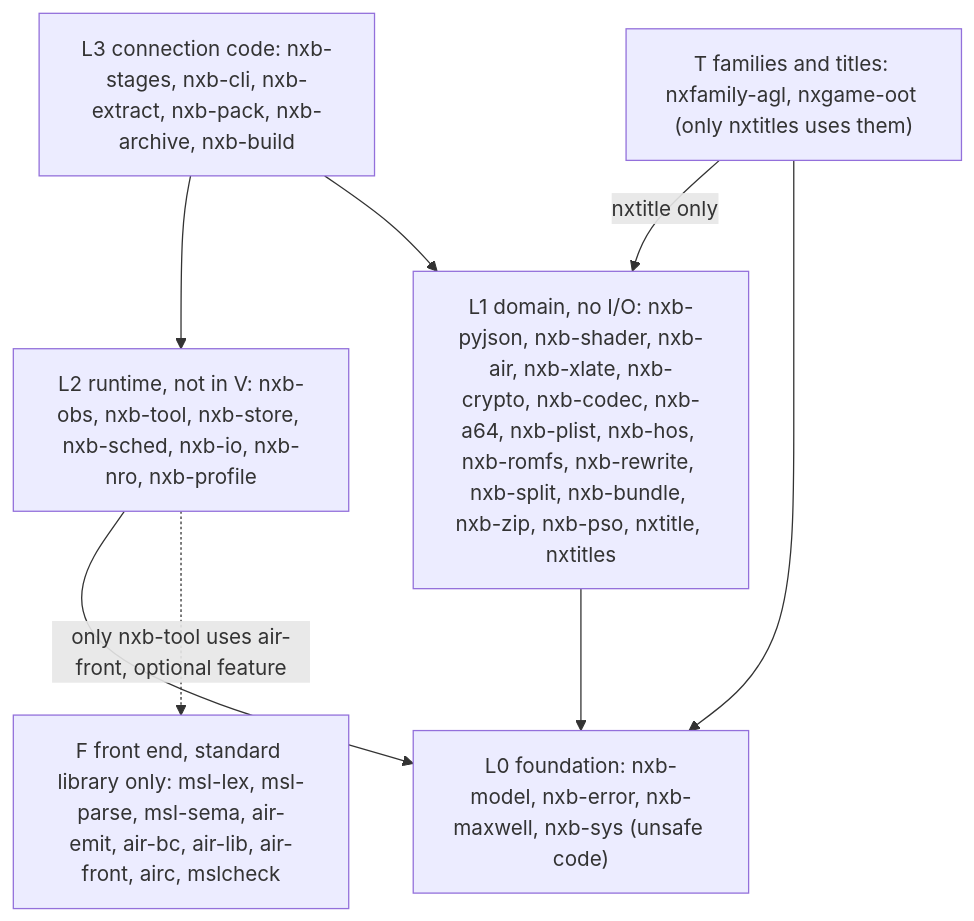
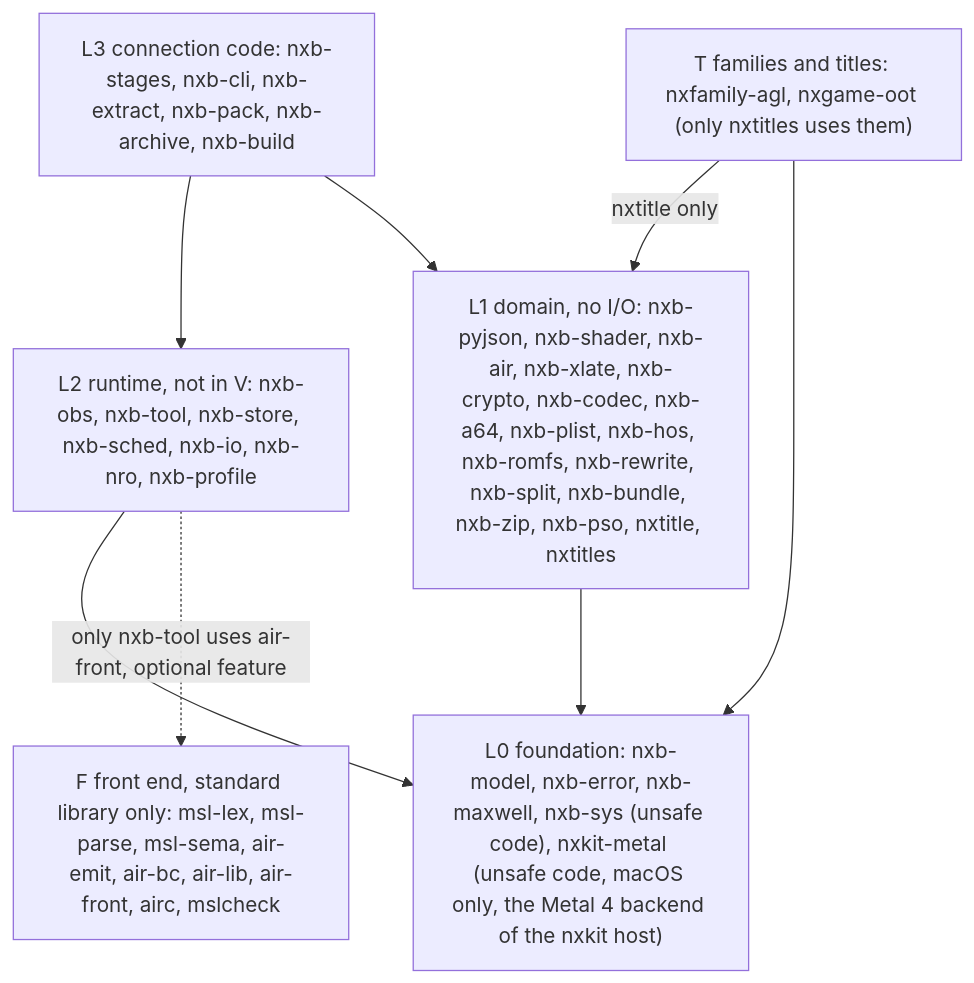
Before and after one commit to b4f8abbb24dbf56a7d0280f296e16eeb/nxkit: the first of 2 diagrams in docs/architecture.md, drawn with Mermaid. The commit also changed other lines of this file and 22 other files, not shown here.

First line of the commit message:
Add nxkit-metal, the base of the Metal 4 backend

````diff
--- a/docs/architecture.md
+++ b/docs/architecture.md
@@ -19,14 +19,14 @@
 ```mermaid
 flowchart TD
   L3["L3 connection code: nxb-stages, nxb-cli, nxb-extract, nxb-pack, nxb-archive, nxb-build"]
   L2["L2 runtime, not in V: nxb-obs, nxb-tool, nxb-store, nxb-sched, nxb-io, nxb-nro, nxb-profile"]
   L1["L1 domain, no I/O: nxb-pyjson, nxb-shader, nxb-air, nxb-xlate, nxb-crypto, nxb-codec, nxb-a64, nxb-plist, nxb-hos, nxb-romfs, nxb-rewrite, nxb-split, nxb-bundle, nxb-zip, nxb-pso, nxtitle, nxtitles"]
-  L0["L0 foundation: nxb-model, nxb-error, nxb-maxwell, nxb-sys (unsafe code)"]
+  L0["L0 foundation: nxb-model, nxb-error, nxb-maxwell, nxb-sys (unsafe code), nxkit-metal (unsafe code, macOS only, the Metal 4 backend of the nxkit host)"]
   LT["T families and titles: nxfamily-agl, nxgame-oot (only nxtitles uses them)"]
   LF["F front end, standard library only: msl-lex, msl-parse, msl-sema, air-emit, air-bc, air-lib, air-front, airc, mslcheck"]
   L3 --> L2 --> L0
   L3 --> L1 --> L0
   LT -->|nxtitle only| L1
   LT --> L0
   L2 -.->|only nxb-tool uses air-front, optional feature| LF
 ```
````
